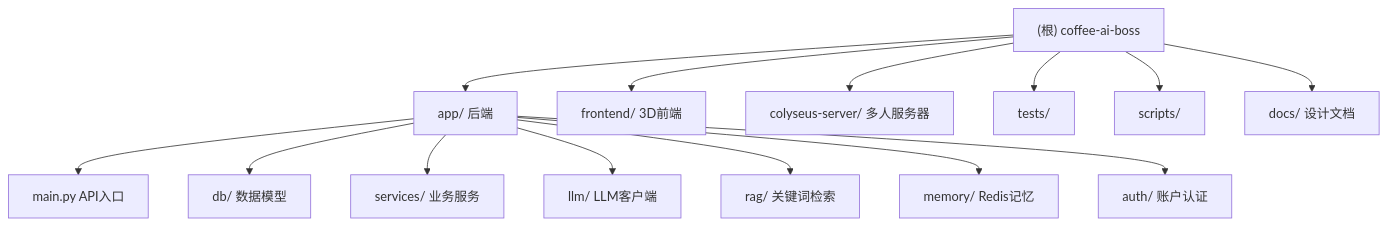
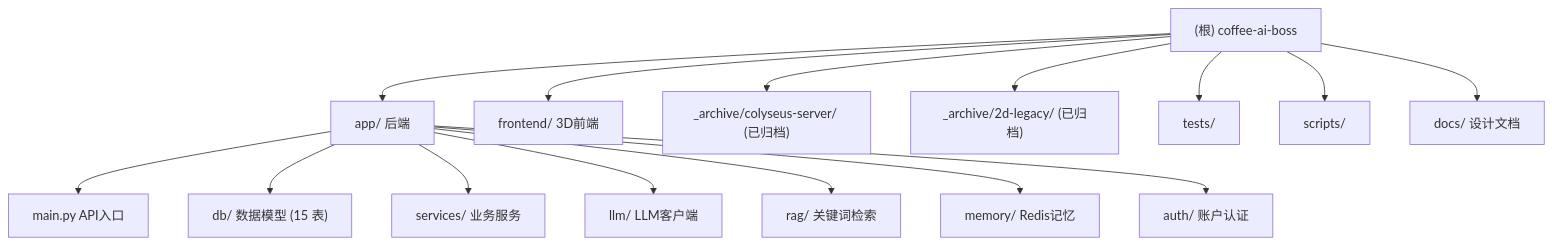
The diagram in CLAUDE.md (flying-dragon-ai/super-agentic-diner), drawn with Mermaid before and after one commit. The commit also changed other lines of this file and 22 other files, not shown here.

First line of the commit message:
refactor(colyseus): 归档 colyseus-server 像素多人房间方案

````diff
--- a/CLAUDE.md
+++ b/CLAUDE.md
@@ -74,20 +96,21 @@
 ```mermaid
 graph TD
     Root["(根) coffee-ai-boss"] --> App["app/ 后端"]
     Root --> Frontend["frontend/ 3D前端"]
-    Root --> Colyseus["colyseus-server/ 多人服务器"]
+    Root --> ArchiveColyseus["_archive/colyseus-server/ (已归档)"]
+    Root --> Archive2D["_archive/2d-legacy/ (已归档)"]
     Root --> Tests["tests/"]
     Root --> Scripts["scripts/"]
     Root --> Docs["docs/ 设计文档"]
     App --> AppMain["main.py API入口"]
-    App --> AppDb["db/ 数据模型"]
+    App --> AppDb["db/ 数据模型 (15 表)"]
     App --> AppServices["services/ 业务服务"]
     App --> AppLlm["llm/ LLM客户端"]
     App --> AppRag["rag/ 关键词检索"]
     App --> AppMemory["memory/ Redis记忆"]
     App --> AppAuth["auth/ 账户认证"]
 
     click App "./app/CLAUDE.md" "查看后端模块文档"
     click Frontend "./frontend/CLAUDE.md" "查看 3D 前端模块文档"
-    click Colyseus "./colyseus-server/CLAUDE.md" "查看 Colyseus 服务器文档"
+    click ArchiveColyseus "./_archive/colyseus-server/CLAUDE.md" "查看已归档 Colyseus 服务器文档"
 ```
````
